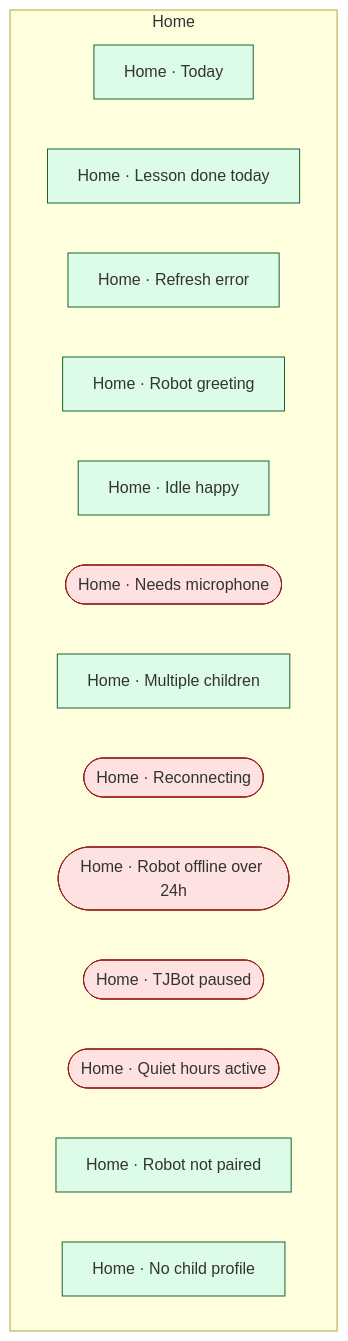
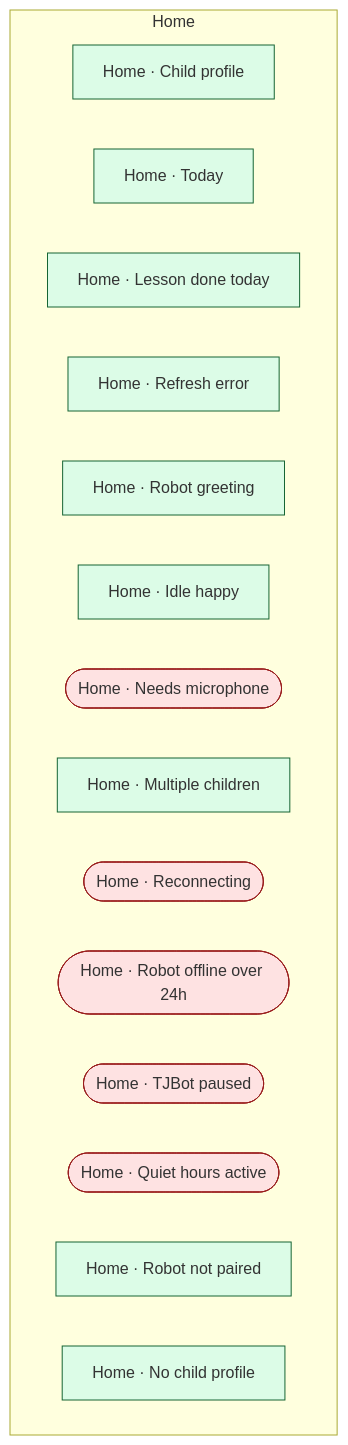
The diagram in migrate-ui-ux-to-mobile-app-docs/flows/domains/home/flow.generated.mmd (JSR-Algo/TJBOT-Mobile), drawn with Mermaid before and after one commit. The commit also changed 262 other files, not shown here.

```diff
--- a/migrate-ui-ux-to-mobile-app-docs/flows/domains/home/flow.generated.mmd
+++ b/migrate-ui-ux-to-mobile-app-docs/flows/domains/home/flow.generated.mmd
@@ -1,22 +1,23 @@
-%% GENERATED FROM nav-graph-data.json sha=f0475d686227. Do not edit by hand.
+%% GENERATED FROM nav-graph-data.json sha=38651fd18e8a. Do not edit by hand.
 %% domain: home
 flowchart TD
   classDef happy fill:#dcfce7,stroke:#166534
   classDef edge  fill:#fee2e2,stroke:#991b1b
   subgraph Home["Home"]
+    home_child_profile["Home · Child profile"]
     home_hub_daily["Home · Today"]
     home_hub_done["Home · Lesson done today"]
     home_hub_error["Home · Refresh error"]
     home_hub_greet["Home · Robot greeting"]
     home_hub_idle["Home · Idle happy"]
     home_hub_mic(["Home · Needs microphone"])
     home_hub_multiple_children["Home · Multiple children"]
     home_hub_offline(["Home · Reconnecting"])
     home_hub_offline_24h(["Home · Robot offline over 24h"])
     home_hub_paused(["Home · TJBot paused"])
     home_hub_quiet_hours(["Home · Quiet hours active"])
     home_hub_unpaired_robot["Home · Robot not paired"]
     home_hub_zero_child["Home · No child profile"]
   end
-  class home_hub_daily,home_hub_done,home_hub_error,home_hub_greet,home_hub_idle,home_hub_multiple_children,home_hub_unpaired_robot,home_hub_zero_child happy
+  class home_child_profile,home_hub_daily,home_hub_done,home_hub_error,home_hub_greet,home_hub_idle,home_hub_multiple_children,home_hub_unpaired_robot,home_hub_zero_child happy
   class home_hub_mic,home_hub_offline,home_hub_offline_24h,home_hub_paused,home_hub_quiet_hours edge
```
